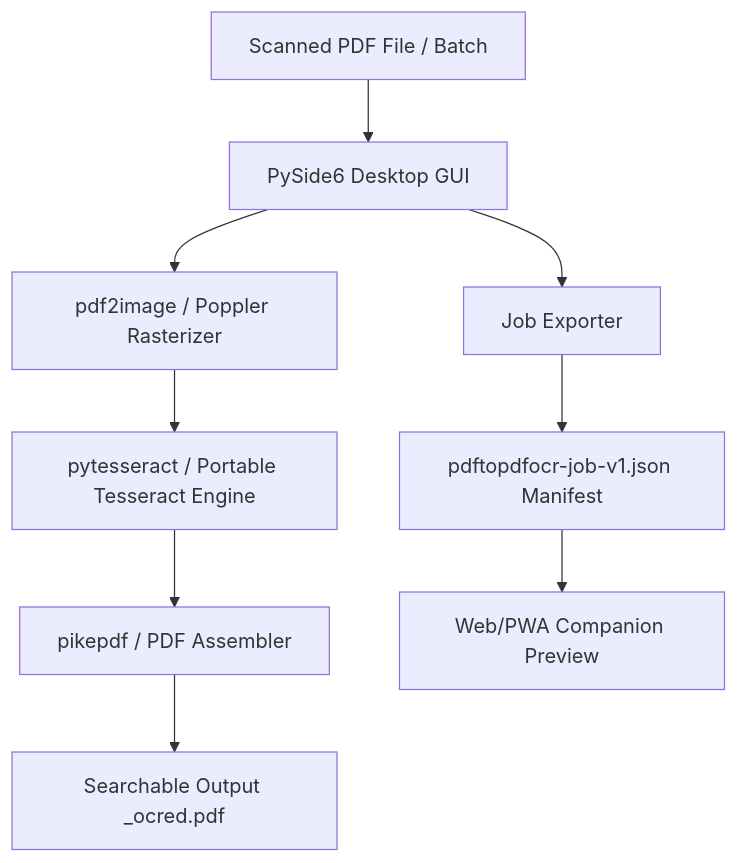
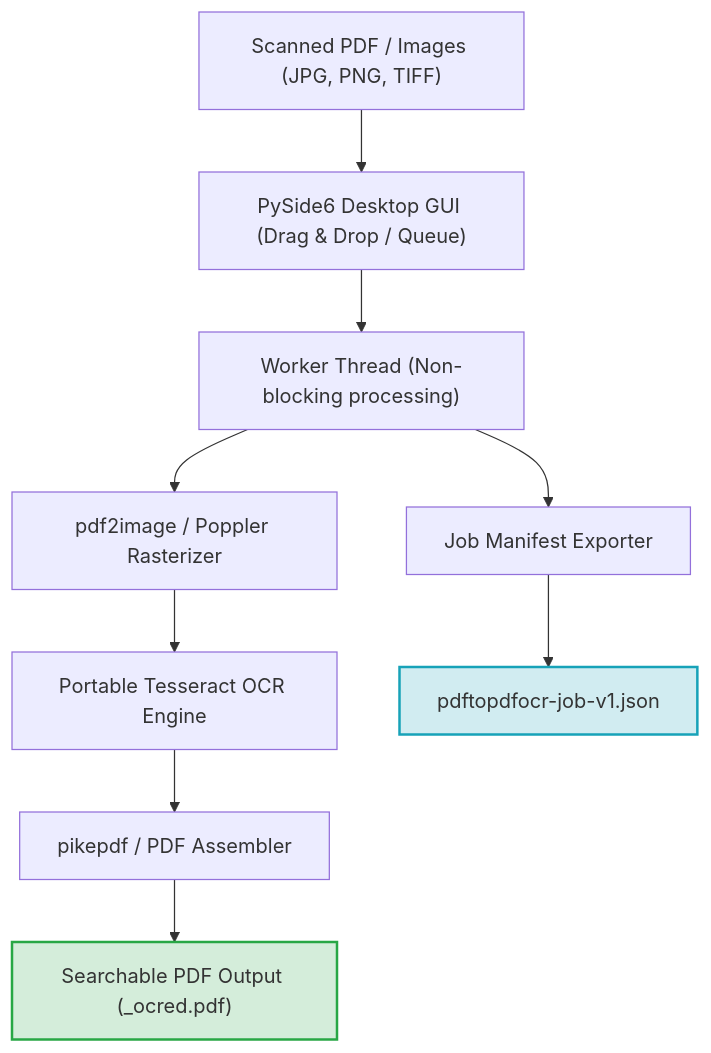
The first of 2 diagrams in README.md (doc-bricks/PDFtoPDFocr), drawn with Mermaid before and after one commit. The commit also changed other lines of this file and 5 other files, not shown here.

````diff
--- a/README.md
+++ b/README.md
@@ -28,11 +33,13 @@
 ```mermaid
 graph TD
-    A[Scanned PDF File / Batch] --> B[PySide6 Desktop GUI]
-    B --> C[pdf2image / Poppler Rasterizer]
-    C --> D[pytesseract / Portable Tesseract Engine]
-    D --> E[pikepdf / PDF Assembler]
-    E --> F[Searchable Output _ocred.pdf]
-    B --> G[Job Exporter]
-    G --> H[pdftopdfocr-job-v1.json Manifest]
-    H --> I[Web/PWA Companion Preview]
+    A["Scanned PDF / Images (JPG, PNG, TIFF)"] --> B["PySide6 Desktop GUI (Drag & Drop / Queue)"]
+    B --> C["Worker Thread (Non-blocking processing)"]
+    C --> D["pdf2image / Poppler Rasterizer"]
+    D --> E["Portable Tesseract OCR Engine"]
+    E --> F["pikepdf / PDF Assembler"]
+    F --> G["Searchable PDF Output (_ocred.pdf)"]
+    C --> H["Job Manifest Exporter"]
+    H --> I["pdftopdfocr-job-v1.json"]
+    style G fill:#d4edda,stroke:#28a745,stroke-width:2px
+    style I fill:#d1ecf1,stroke:#17a2b8,stroke-width:2px
 ```
````
